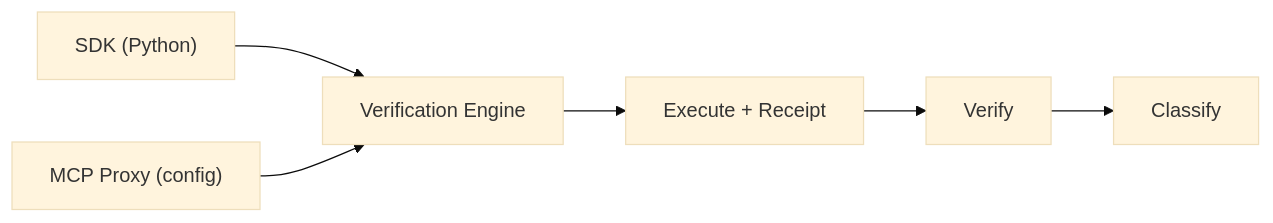
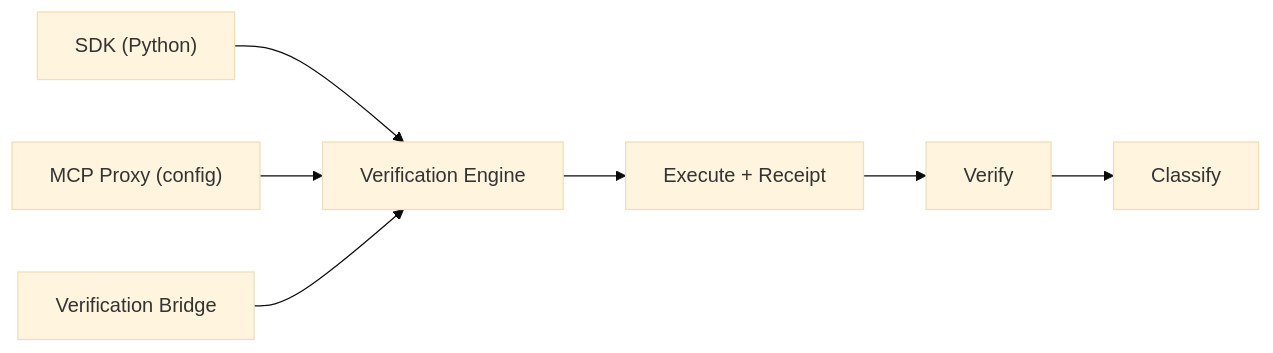
The first of 4 diagrams in docs/how-it-works.md (vcrosby22/toolwitness), drawn with Mermaid (base theme) before and after one commit. The commit also changed other lines of this file and 10 other files, not shown here.

First line of the commit message:
feat: add verification bridge — close MCP proxy gap for fabrication detection

````diff
--- a/docs/how-it-works.md
+++ b/docs/how-it-works.md
@@ -5,8 +5,9 @@
 ```mermaid
 graph LR
     SDK["SDK (Python)"] --> Engine["Verification Engine"]
     Proxy["MCP Proxy (config)"] --> Engine
+    Bridge["Verification Bridge"] --> Engine
     Engine --> Exec["Execute + Receipt"]
     Exec --> Verify["Verify"]
     Verify --> Classify["Classify"]
 ```
````
